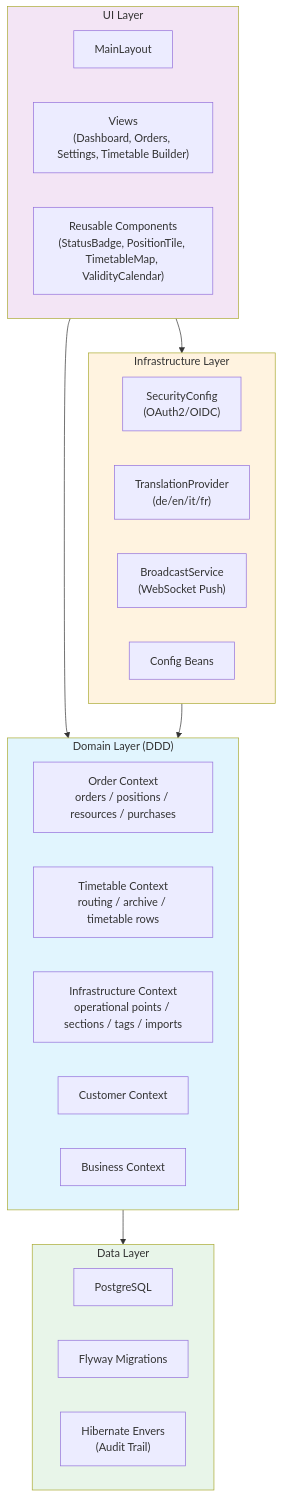
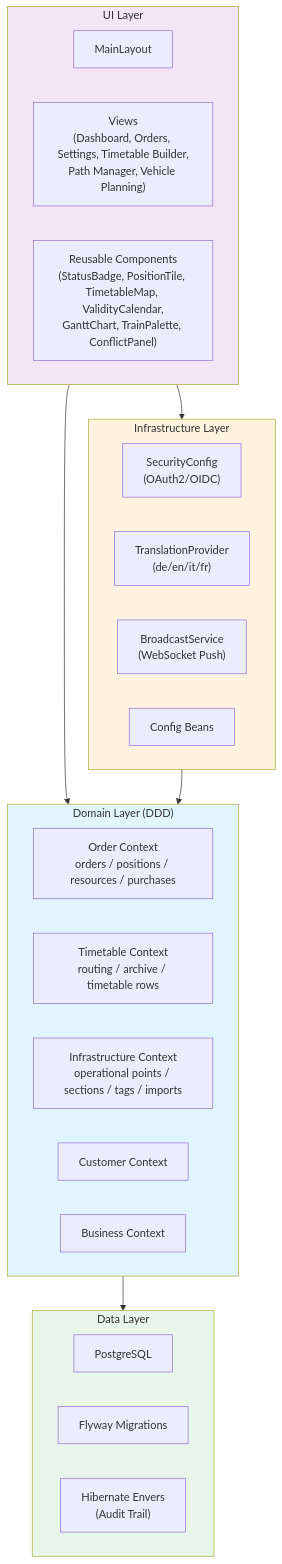
One commit to kron12345/railway-order-mgmt changed the second of 11 diagrams in docs/ARCHITECTURE.md. Above: the diagram before and after it, drawn with Mermaid. The commit also changed other lines of this file and 8 other files, not shown here.

First line of the commit message:
Update all documentation for Vehicle Planning and TTR phases

````diff
--- a/docs/ARCHITECTURE.md
+++ b/docs/ARCHITECTURE.md
@@ -16,39 +16,39 @@
 ```mermaid
 graph TB
     subgraph UI["UI Layer"]
         Layout["MainLayout"]
-        Views["Views<br/>(Dashboard, Orders, Settings, Timetable Builder)"]
-        Components["Reusable Components<br/>(StatusBadge, PositionTile, TimetableMap, ValidityCalendar)"]
+        Views["Views<br/>(Dashboard, Orders, Settings, Timetable Builder,<br/>Path Manager, Vehicle Planning)"]
+        Components["Reusable Components<br/>(StatusBadge, PositionTile, TimetableMap, ValidityCalendar,<br/>GanttChart, TrainPalette, ConflictPanel)"]
     end
 
     subgraph Domain["Domain Layer (DDD)"]
         Order["Order Context<br/>orders / positions / resources / purchases"]
         Timetable["Timetable Context<br/>routing / archive / timetable rows"]
         InfraDomain["Infrastructure Context<br/>operational points / sections / tags / imports"]
         Customer["Customer Context"]
         Business["Business Context"]
     end
 
     subgraph Infra["Infrastructure Layer"]
         Security["SecurityConfig<br/>(OAuth2/OIDC)"]
         I18n["TranslationProvider<br/>(de/en/it/fr)"]
         Push["BroadcastService<br/>(WebSocket Push)"]
         Config["Config Beans"]
     end
 
     subgraph Data["Data Layer"]
         DB2["PostgreSQL"]
         Flyway["Flyway Migrations"]
         Envers["Hibernate Envers<br/>(Audit Trail)"]
     end
 
     UI --> Domain
     UI --> Infra
     Infra --> Domain
     Domain --> Data
 
     style Domain fill:#e1f5fe
     style UI fill:#f3e5f5
     style Infra fill:#fff3e0
     style Data fill:#e8f5e9
 ```
````
